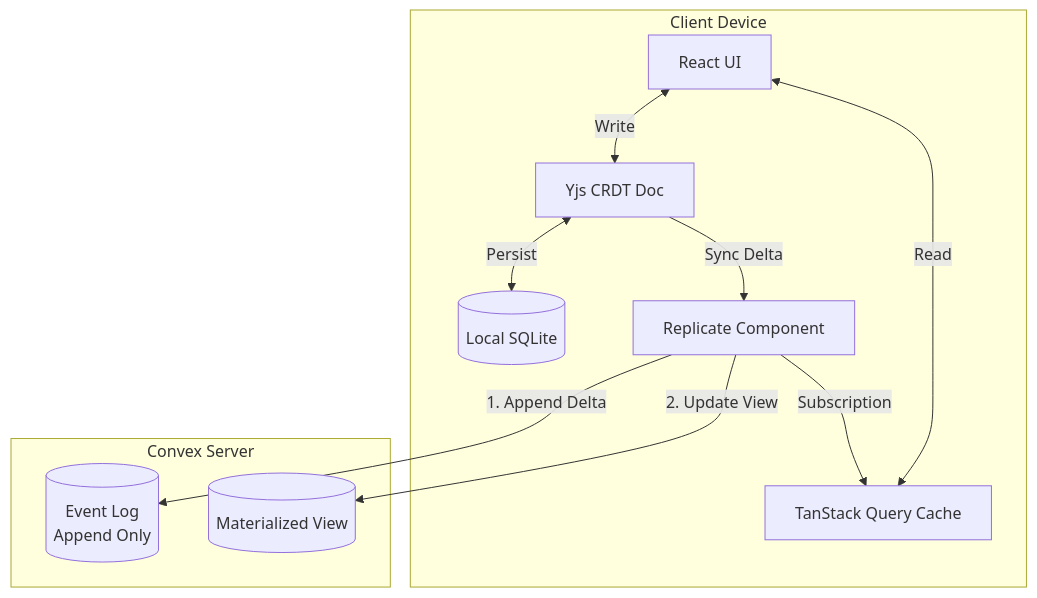
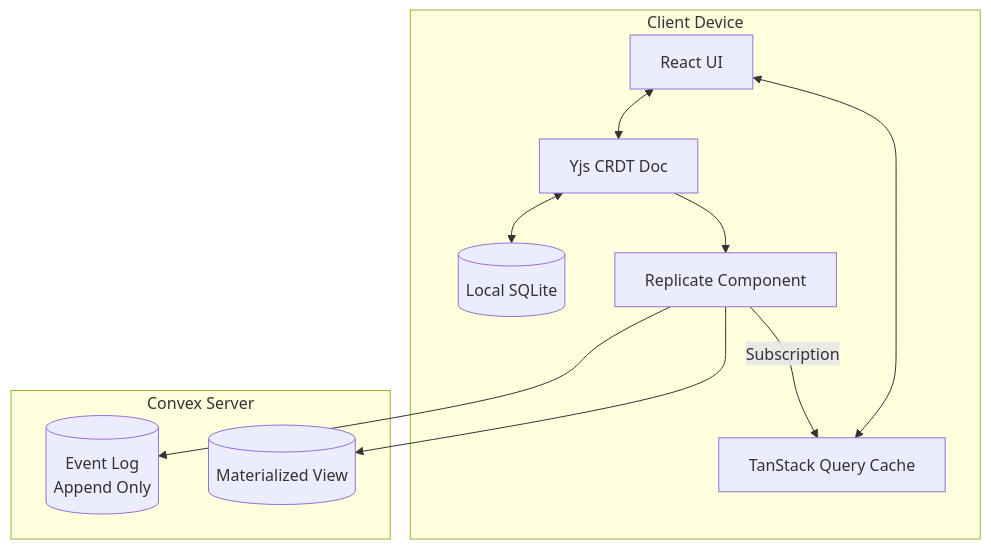
One commit to robelest/robelest changed the seventh of 12 diagrams in journal/2025-12-25-replicate-local-first.md. Above: the diagram before and after it, drawn with Mermaid. The commit also changed other lines of this file and 3 other files, not shown here.

First line of the commit message:
feat: use mermaid-cli for PDF diagram rendering with caching

````diff
--- a/journal/2025-12-25-replicate-local-first.md
+++ b/journal/2025-12-25-replicate-local-first.md
@@ -470,19 +469,19 @@
 ```mermaid
 flowchart TB
     subgraph "Client Device"
-        UI[React UI] <-->|Read| TSQ[TanStack Query Cache]
-        UI <-->|Write| YJS[Yjs CRDT Doc]
-        YJS <-->|Persist| SQLITE[(Local SQLite)]
-        YJS -->|Sync Delta| SERVER
+        UI[React UI] <-->TSQ[TanStack Query Cache]
+        UI <-->YJS[Yjs CRDT Doc]
+        YJS <-->SQLITE[(Local SQLite)]
+        YJS -->SERVER
     end
 
     subgraph "Convex Server"
         SERVER[Replicate Component]
         SERVER -->|Subscription| TSQ
         LOG[(Event Log<br/>Append Only)]
         MAT[(Materialized View)]
         
-        SERVER -->|1. Append Delta| LOG
-        SERVER -->|2. Update View| MAT
+        SERVER --> LOG
+        SERVER --> MAT
     end
 ```
````
